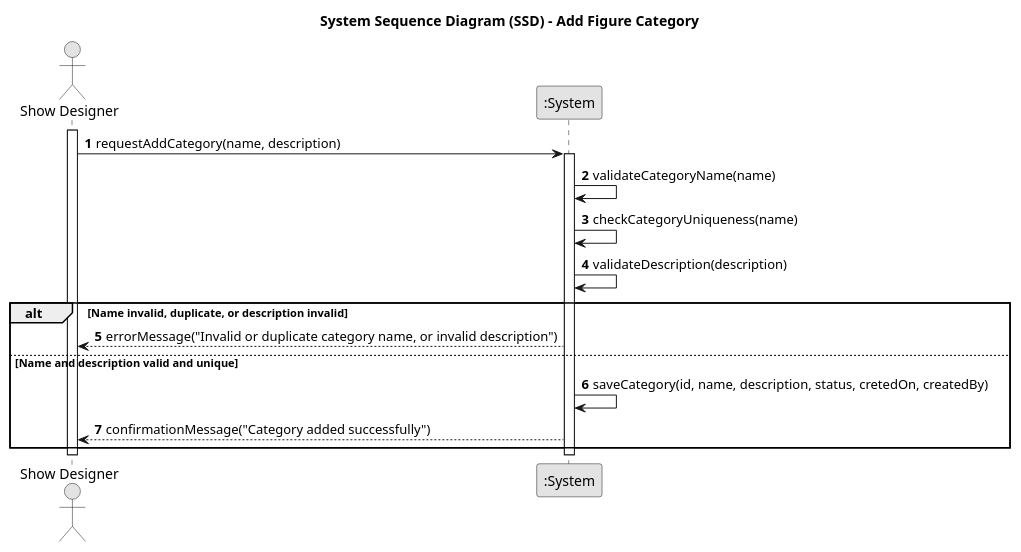
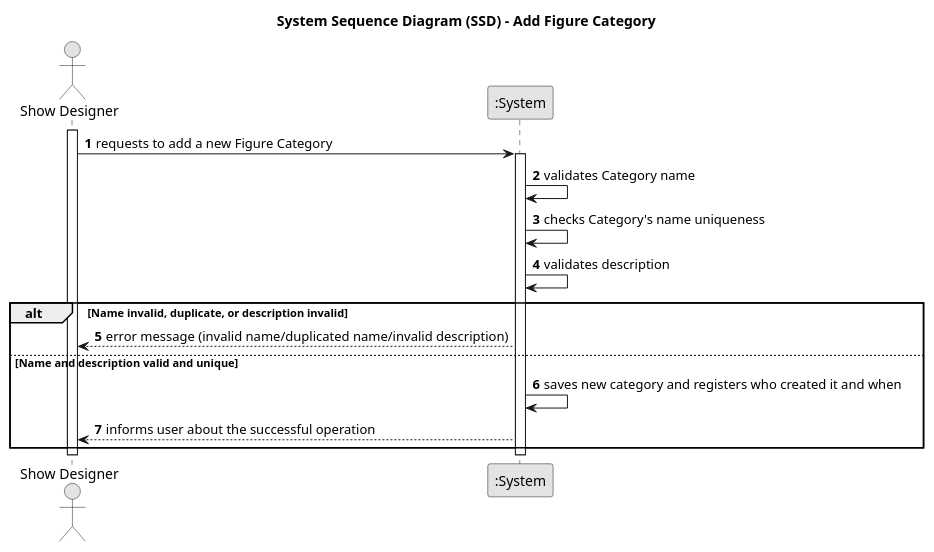
Before and after one commit to SAEmanuel/Shodrone_ISEP: the diagram in docs/planning/sprint2/EAPLI/US245 - Add figure category/01.requirements-engineering/puml/us245-system-sequence-diagram.puml, drawn with PlantUML. The commit also changed 5 other files, not shown here.

```diff
--- a/docs/planning/sprint2/EAPLI/US245 - Add figure category/01.requirements-engineering/puml/us245-system-sequence-diagram.puml
+++ b/docs/planning/sprint2/EAPLI/US245 - Add figure category/01.requirements-engineering/puml/us245-system-sequence-diagram.puml
@@ -1,31 +1,31 @@
 @startuml
 skinparam monochrome true
 skinparam packageStyle rectangle
 skinparam shadowing false
 
 title System Sequence Diagram (SSD) - Add Figure Category
 
 autonumber
 
 actor "Show Designer" as SD
 participant ":System" as System
 
 activate SD
 
-SD -> System: requestAddCategory(name, description)
+SD -> System: requests to add a new Figure Category
 activate System
 
-System -> System: validateCategoryName(name)
-System -> System: checkCategoryUniqueness(name)
-System -> System: validateDescription(description)
+System -> System: validates Category name
+System -> System: checks Category's name uniqueness
+System -> System: validates description
 alt Name invalid, duplicate, or description invalid
-    System --> SD: errorMessage("Invalid or duplicate category name, or invalid description")
+    System --> SD: error message (invalid name/duplicated name/invalid description)
 else Name and description valid and unique
-    System -> System: saveCategory(id, name, description, status, cretedOn, createdBy)
-    System --> SD: confirmationMessage("Category added successfully")
+    System -> System: saves new category and registers who created it and when
+    System --> SD: informs user about the successful operation
 end
 
 deactivate System
 deactivate SD
 
 @enduml
```
